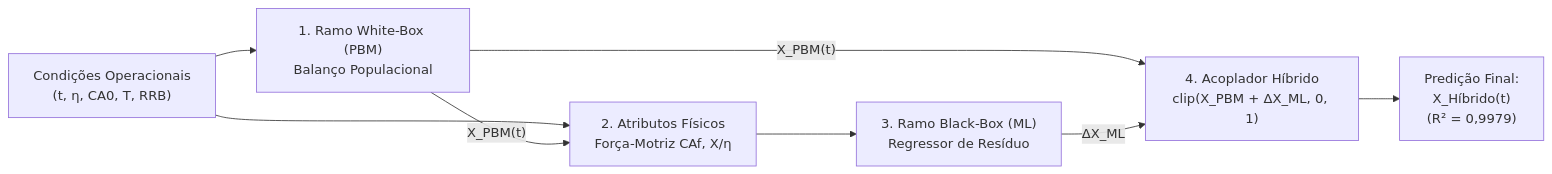
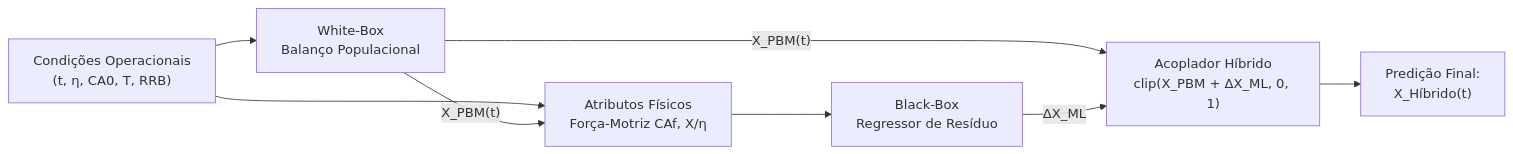
Before and after one commit to guimouraf1234-bit/lop: the diagram in scripts/Arquitetura.md, drawn with Mermaid. The commit also changed other lines of this file and 6 other files, not shown here.

````diff
--- a/scripts/Arquitetura.md
+++ b/scripts/Arquitetura.md
@@ -119,20 +119,20 @@
 ```mermaid
 graph LR
     A["Condições Operacionais<br/>(t, η, CA0, T, RRB)"]
     
-    B["1. Ramo White-Box (PBM)<br/>Balanço Populacional"]
+    B["White-Box<br/>Balanço Populacional"]
     
-    C["2. Atributos Físicos<br/>Força-Motriz CAf, X/η"]
-    D["3. Ramo Black-Box (ML)<br/>Regressor de Resíduo"]
+    C["Atributos Físicos<br/>Força-Motriz CAf, X/η"]
+    D["Black-Box<br/>Regressor de Resíduo"]
     
-    E["4. Acoplador Híbrido<br/>clip(X_PBM + ΔX_ML, 0, 1)"]
-    F["Predição Final:<br/>X_Híbrido(t)<br/>(R² = 0,9979)"]
+    E["Acoplador Híbrido<br/>clip(X_PBM + ΔX_ML, 0, 1)"]
+    F["Predição Final:<br/>X_Híbrido(t)<br/>"]
 
     A --> B
     A --> C
     B -->|"X_PBM(t)"| C
     C --> D
     B -->|"X_PBM(t)"| E
     D -->|"ΔX_ML"| E
     E --> F
 ```
````
